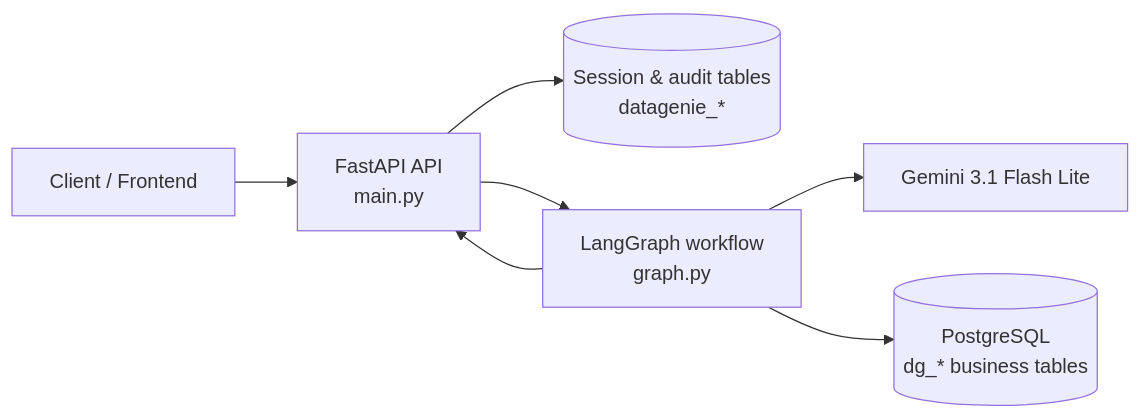
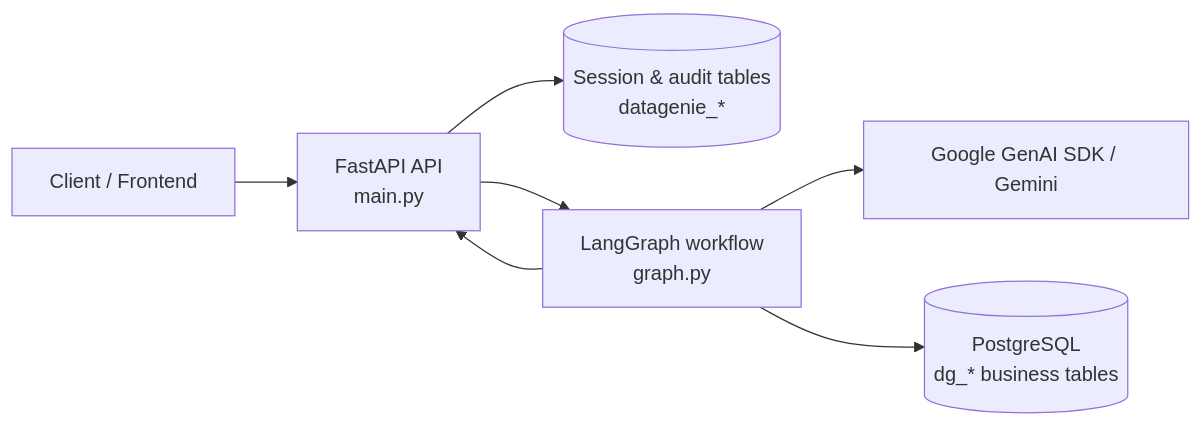
Before and after one commit to nipin009/data-genie: the first of 5 diagrams in workflow.md, drawn with Mermaid. The commit also changed other lines of this file and 20 other files, not shown here.

````diff
--- a/workflow.md
+++ b/workflow.md
@@ -7,9 +7,9 @@
 ```mermaid
 flowchart LR
     CLIENT[Client / Frontend] --> API[FastAPI API<br/>main.py]
     API --> SESSION[(Session & audit tables<br/>datagenie_*)]
     API --> GRAPH[LangGraph workflow<br/>graph.py]
-    GRAPH --> GEMINI[Gemini 3.1 Flash Lite]
+    GRAPH --> GEMINI[Google GenAI SDK / Gemini]
     GRAPH --> PG[(PostgreSQL<br/>dg_* business tables)]
     GRAPH --> API
 ```
````
